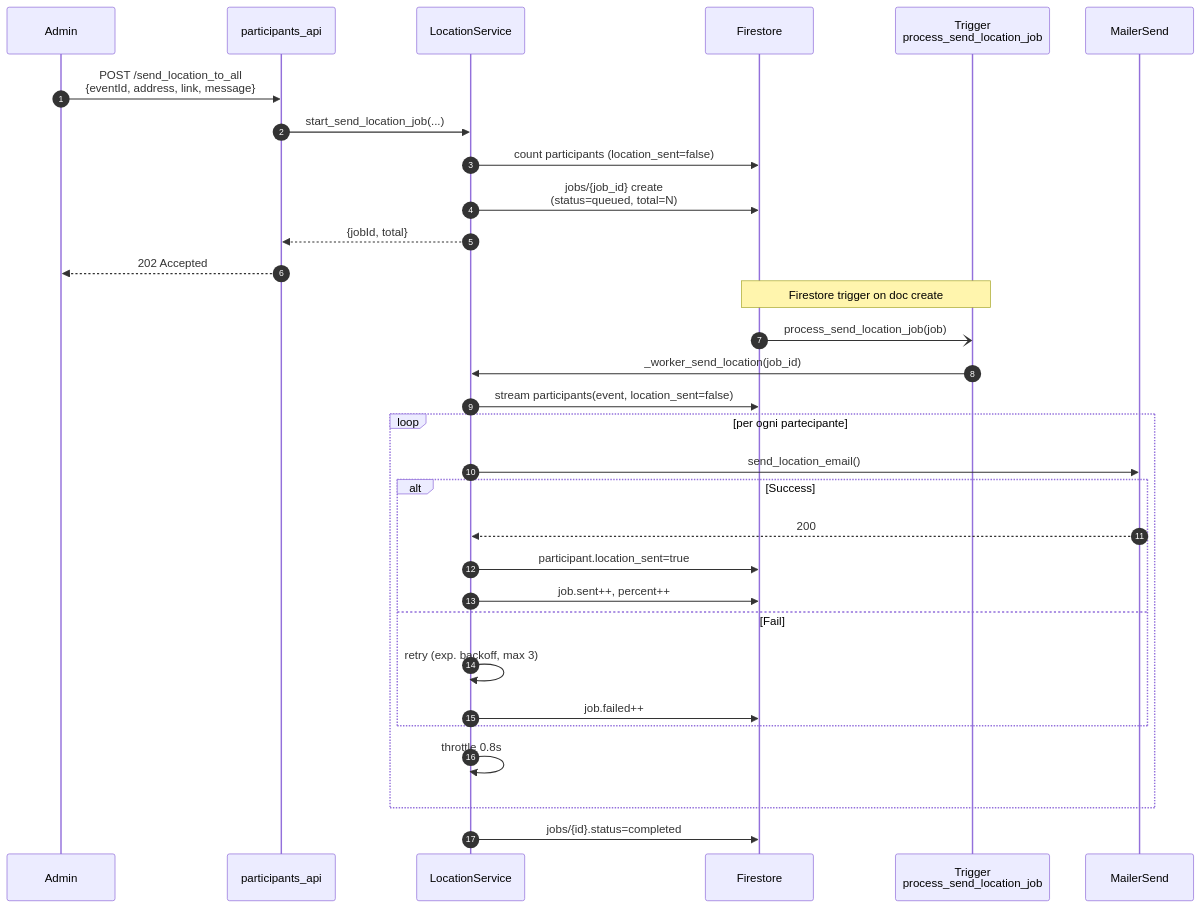
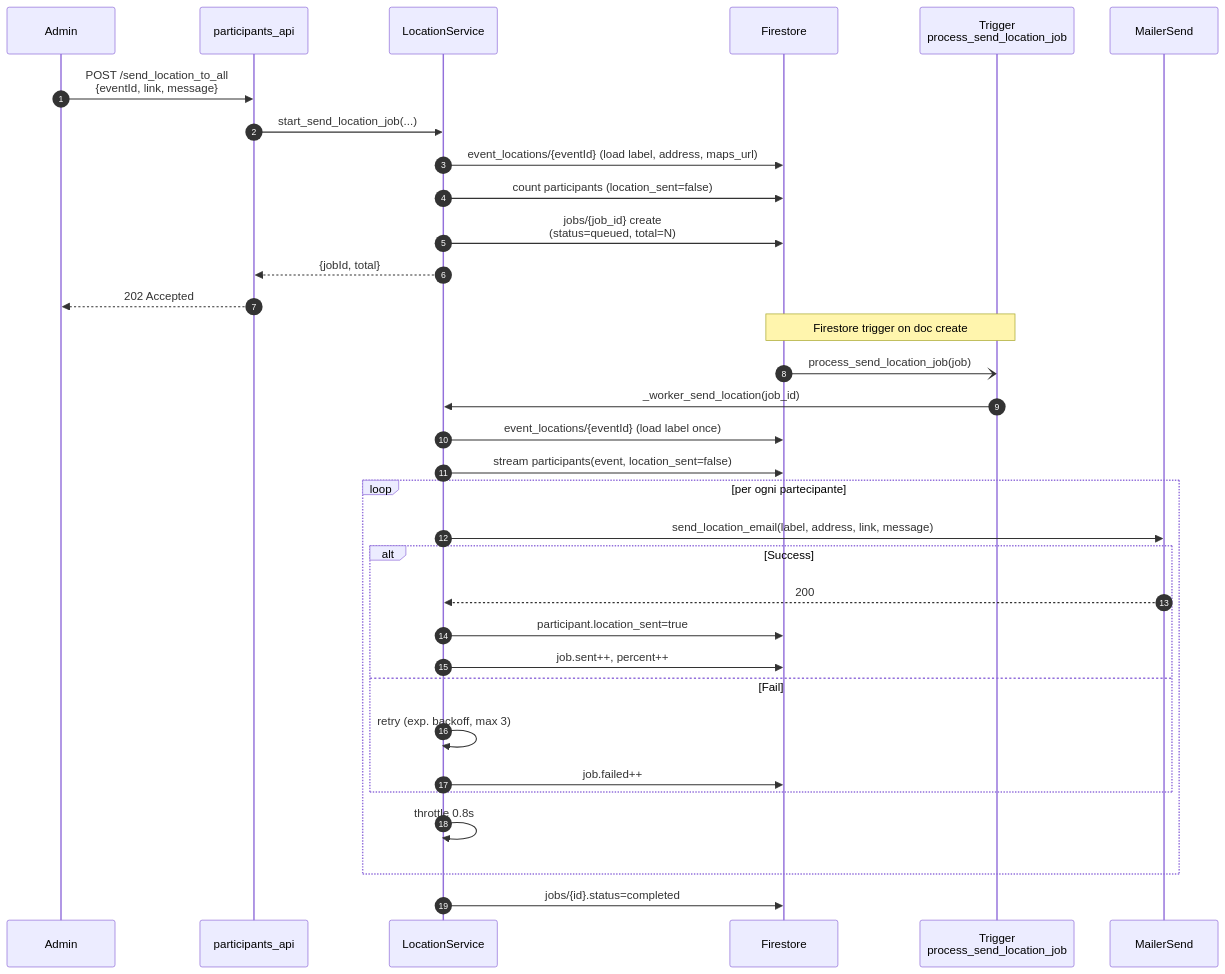
Before and after one commit to Vittorix99/mcp-website: diagram 15 of 39 in docs/backend/BACKEND_USE_CASES.md, drawn with Mermaid. The commit also changed other lines of this file and 113 other files, not shown here.

````diff
--- a/docs/backend/BACKEND_USE_CASES.md
+++ b/docs/backend/BACKEND_USE_CASES.md
@@ -709,36 +727,38 @@
 ```mermaid
 sequenceDiagram
     autonumber
     participant A as Admin
     participant API as participants_api
     participant LS as LocationService
     participant FS as Firestore
     participant TR as Trigger<br/>process_send_location_job
     participant MS as MailerSend
 
-    A->>API: POST /send_location_to_all<br/>{eventId, address, link, message}
+    A->>API: POST /send_location_to_all<br/>{eventId, link, message}
     API->>LS: start_send_location_job(...)
+    LS->>FS: event_locations/{eventId} (load label, address, maps_url)
     LS->>FS: count participants (location_sent=false)
     LS->>FS: jobs/{job_id} create<br/>(status=queued, total=N)
     LS-->>API: {jobId, total}
     API-->>A: 202 Accepted
 
     Note over FS,TR: Firestore trigger on doc create
     FS-)TR: process_send_location_job(job)
     TR->>LS: _worker_send_location(job_id)
+    LS->>FS: event_locations/{eventId} (load label once)
     LS->>FS: stream participants(event, location_sent=false)
 
     loop per ogni partecipante
-        LS->>MS: send_location_email()
+        LS->>MS: send_location_email(label, address, link, message)
         alt Success
             MS-->>LS: 200
             LS->>FS: participant.location_sent=true
             LS->>FS: job.sent++, percent++
         else Fail
             LS->>LS: retry (exp. backoff, max 3)
             LS->>FS: job.failed++
         end
         LS->>LS: throttle 0.8s
     end
     LS->>FS: jobs/{id}.status=completed
 ```
````
